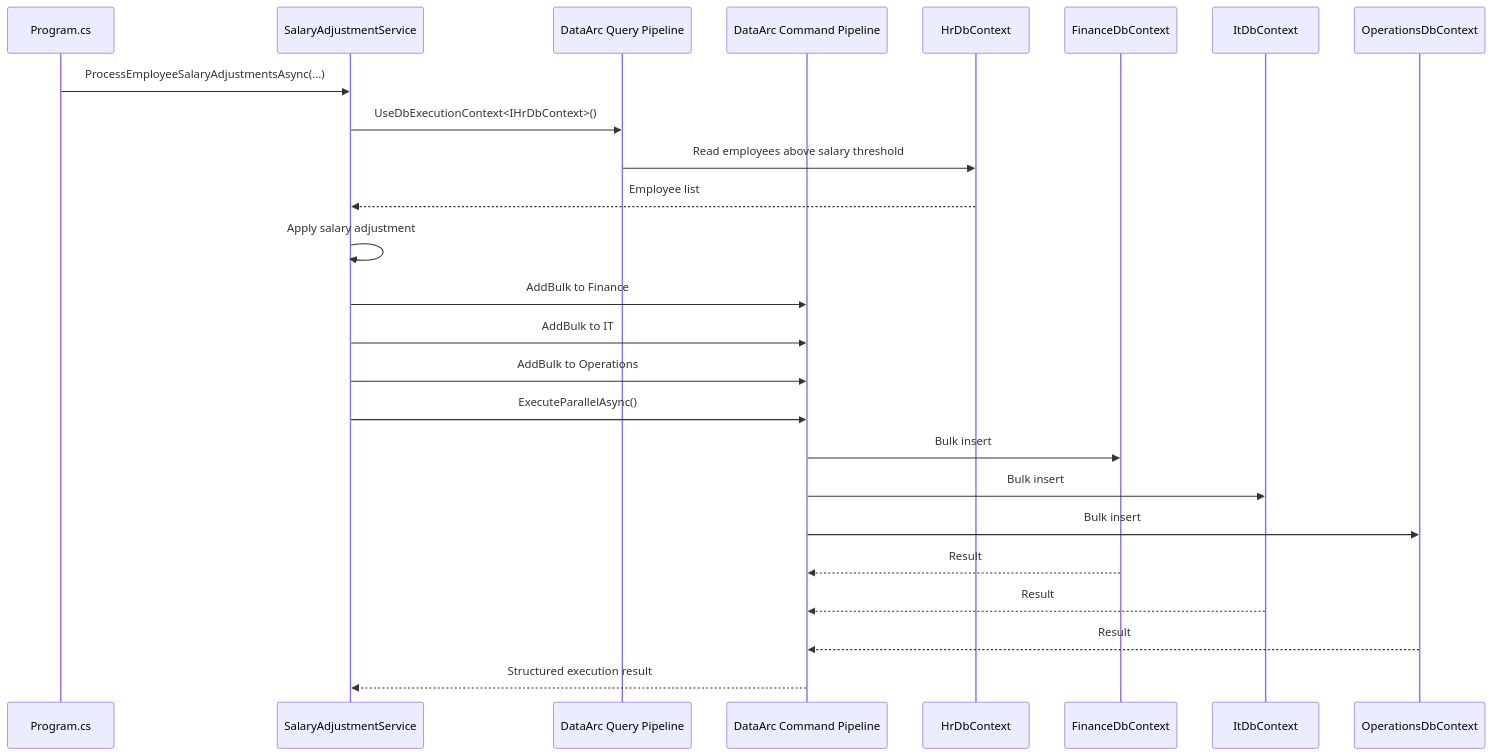
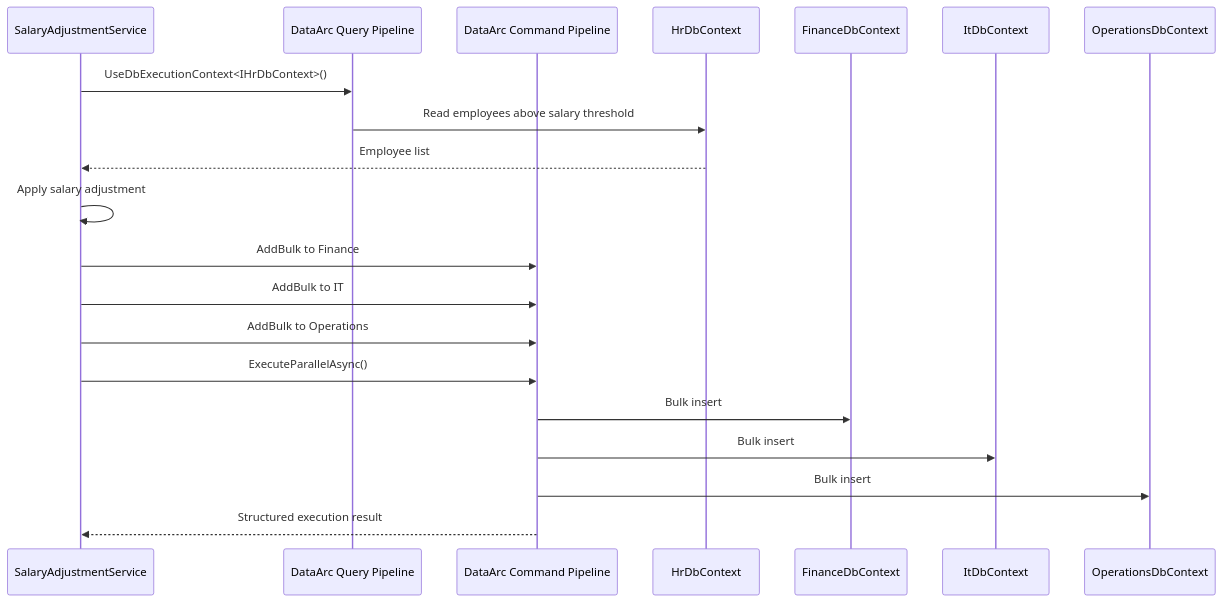
One commit to SolidArcSoftware/DataArc.EntityFrameworkCore changed the second of 4 diagrams in README.md. Above: the diagram before and after it, drawn with Mermaid. The commit also changed other lines of this file and 1 other file, not shown here.

````diff
--- a/README.md
+++ b/README.md
@@ -364,32 +212,26 @@
 ```mermaid
 sequenceDiagram
-    participant App as Program.cs
     participant Salary as SalaryAdjustmentService
     participant Query as DataArc Query Pipeline
     participant Command as DataArc Command Pipeline
     participant HR as HrDbContext
     participant Finance as FinanceDbContext
     participant IT as ItDbContext
     participant Ops as OperationsDbContext
 
-    App->>Salary: ProcessEmployeeSalaryAdjustmentsAsync(...)
     Salary->>Query: UseDbExecutionContext<IHrDbContext>()
     Query->>HR: Read employees above salary threshold
     HR-->>Salary: Employee list
 
     Salary->>Salary: Apply salary adjustment
 
     Salary->>Command: AddBulk to Finance
     Salary->>Command: AddBulk to IT
     Salary->>Command: AddBulk to Operations
     Salary->>Command: ExecuteParallelAsync()
 
     Command->>Finance: Bulk insert
     Command->>IT: Bulk insert
     Command->>Ops: Bulk insert
-
-    Finance-->>Command: Result
-    IT-->>Command: Result
-    Ops-->>Command: Result
     Command-->>Salary: Structured execution result
 ```
````
